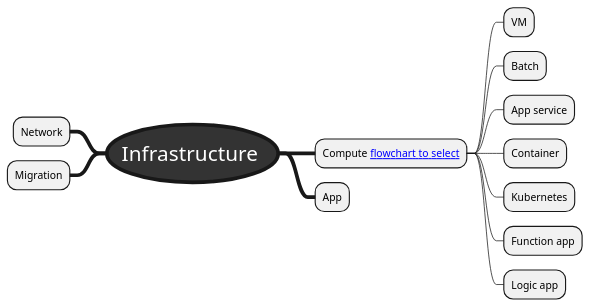
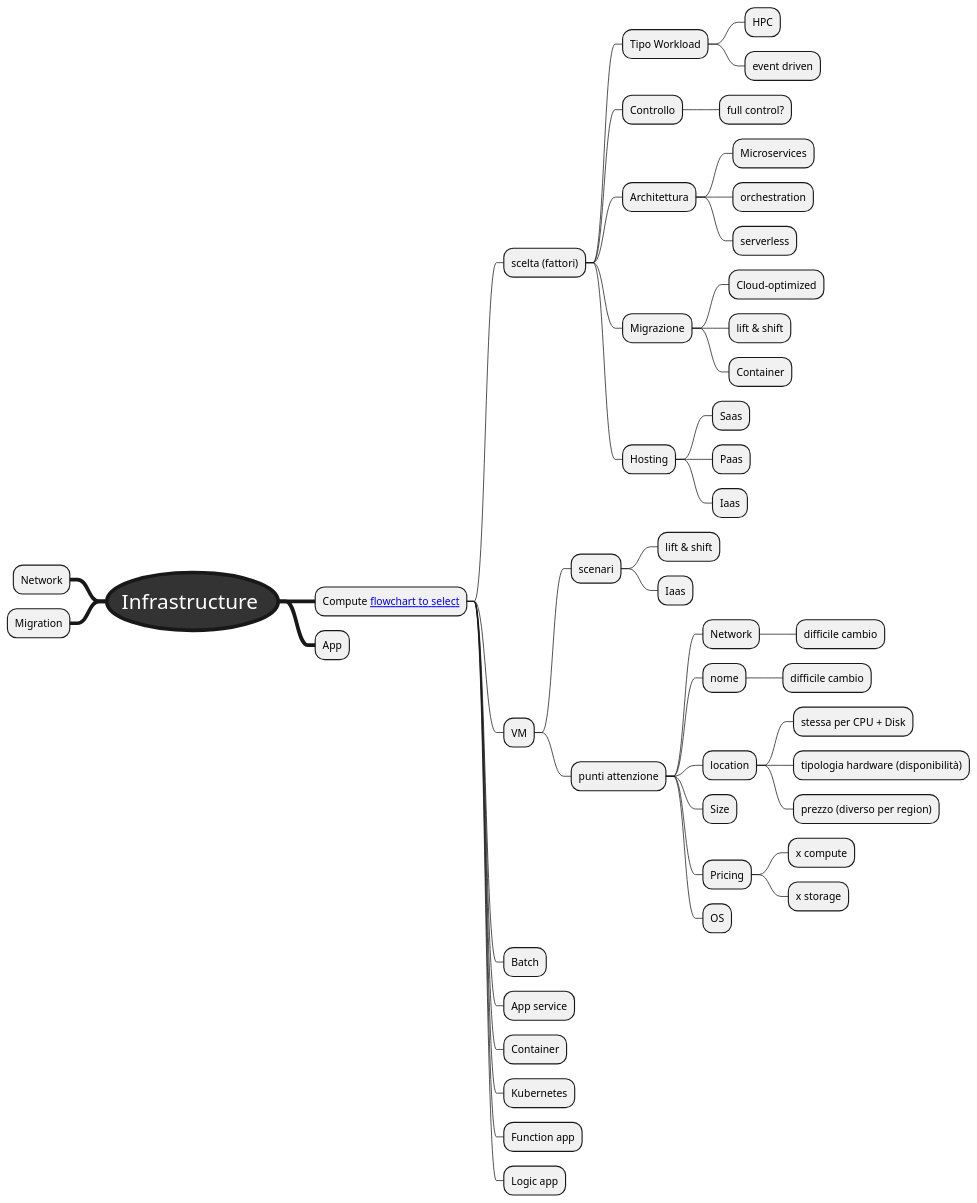
The diagram in mindmaps/az-305-infrastructure.puml (andrearicossa/az-305), drawn with PlantUML before and after one commit.

```diff
--- a/mindmaps/az-305-infrastructure.puml
+++ b/mindmaps/az-305-infrastructure.puml
@@ -1,36 +1,71 @@
 @startmindmap
 <style>
 mindmapDiagram {
     .root {
         BackgroundColor #333333
         FontColor #FFFFFF
         RoundCorner 2000
         FontSize 28
         Padding 20
         LineThickness 5
     }
     .green * {
         BackgroundColor lightgreen
     }
     .rose * {
         BackgroundColor #FFBBCC
     }
     .blue * {
         BackgroundColor lightblue
     }    
 }
 </style>
 * Infrastructure <<root>>
     * Compute [[https://learn.microsoft.com/en-us/azure/architecture/guide/technology-choices/images/compute-choices.svg flowchart to select]]
+        * scelta (fattori)
+            * Tipo Workload
+                * HPC
+                * event driven
+            * Controllo
+                * full control?
+            * Architettura
+                * Microservices
+                * orchestration
+                * serverless
+            * Migrazione
+                * Cloud-optimized
+                * lift & shift
+                * Container
+            * Hosting
+                * Saas
+                * Paas
+                * Iaas
         * VM
+            * scenari
+                * lift & shift
+                * Iaas
+            * punti attenzione
+                * Network
+                    * difficile cambio
+                * nome
+                    * difficile cambio
+                * location
+                    * stessa per CPU + Disk
+                    * tipologia hardware (disponibilità)
+                    * prezzo (diverso per region)
+                * Size
+                * Pricing
+                    * x compute
+                    * x storage
+                * OS
         * Batch
         * App service
         * Container
         * Kubernetes
         * Function app
         * Logic app
     * App
 left side
     * Network
     * Migration
 @endmindmap
```
